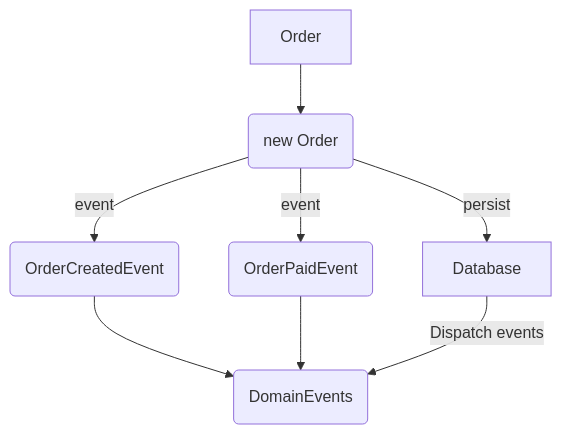
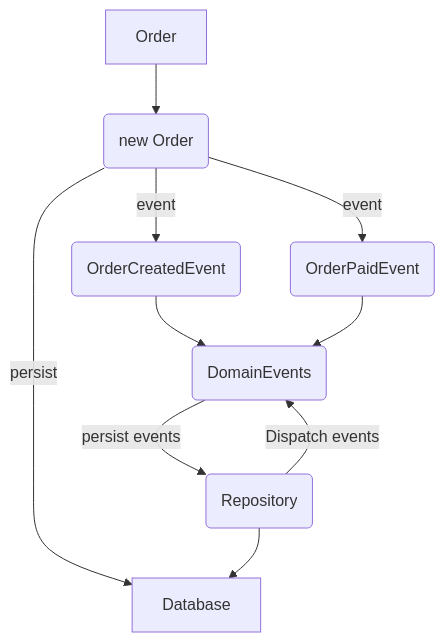
Before and after one commit to jdgabriel/ddd-domain-events: the diagram in README.md, drawn with Mermaid. The commit also changed other lines of this file, not shown here.

Commit message:
feat: create mermaid flux

````diff
--- a/README.md
+++ b/README.md
@@ -5,11 +5,14 @@
 ```mermaid
 flowchart TD
     A[Order] --> B(new Order)
     B --> |event| C(OrderCreatedEvent)
     B --> |event| D(OrderPaidEvent)
     B --> |persist| F[Database]
     C --> E
     D --> E
     E(DomainEvents)
-    F[Database] --> |Dispatch events| E
+    G(Repository)
+    E --> |persist events|G
+    G --> |Dispatch events| E
+    G --> F
 ```
````
